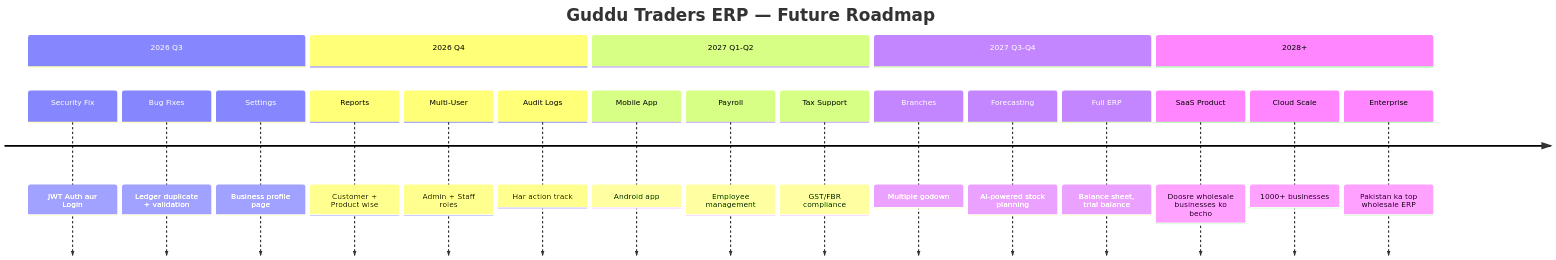
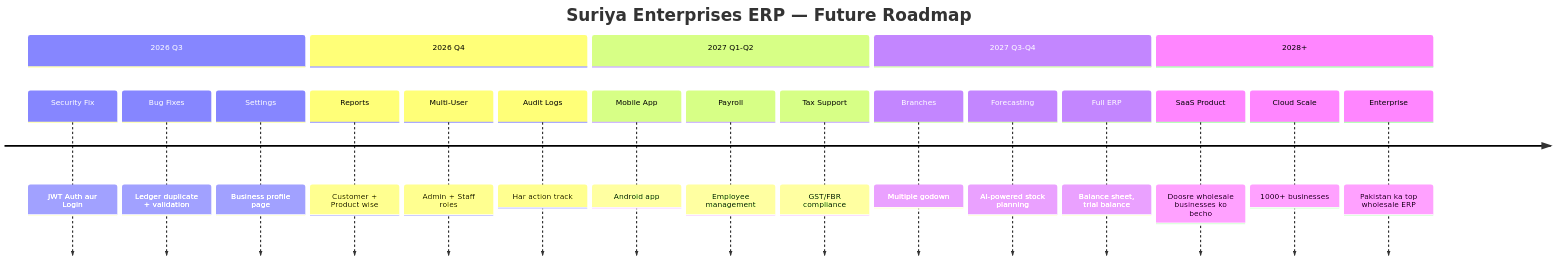
Before and after one commit to usmanaminstack/wholesale-mgmt-system: the tenth of 10 diagrams in scratch/shop details/final_presentation.md, drawn with Mermaid. The commit also changed other lines of this file and 33 other files, not shown here.

````diff
--- a/scratch/shop details/final_presentation.md
+++ b/scratch/shop details/final_presentation.md
@@ -1128,24 +1128,24 @@
 ```mermaid
 timeline
-    title Guddu Traders ERP — Future Roadmap
+    title Suriya Enterprises ERP — Future Roadmap
     section 2026 Q3
         Security Fix : JWT Auth aur Login
         Bug Fixes    : Ledger duplicate + validation
         Settings     : Business profile page
     section 2026 Q4
         Reports      : Customer + Product wise
         Multi-User   : Admin + Staff roles
         Audit Logs   : Har action track
     section 2027 Q1-Q2
         Mobile App   : Android app
         Payroll      : Employee management
         Tax Support  : GST/FBR compliance
     section 2027 Q3-Q4
         Branches     : Multiple godown
         Forecasting  : AI-powered stock planning
         Full ERP     : Balance sheet, trial balance
     section 2028+
         SaaS Product : Doosre wholesale businesses ko becho
         Cloud Scale  : 1000+ businesses
         Enterprise   : Pakistan ka top wholesale ERP
 ```
````
